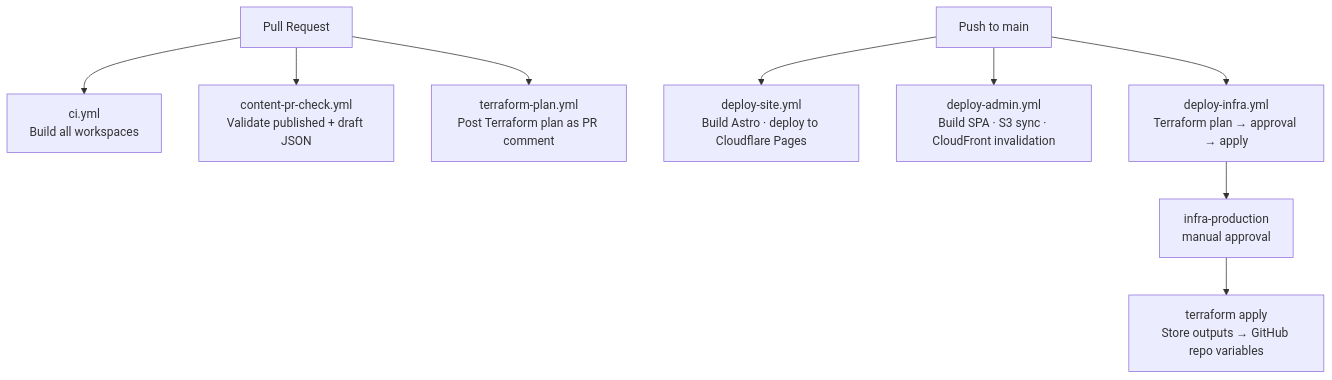
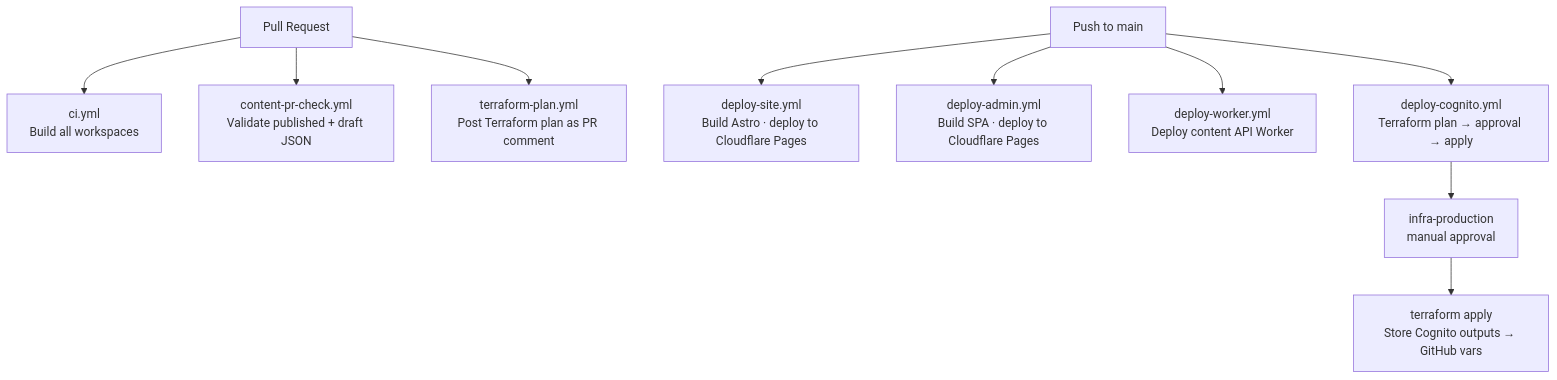
One commit to Bonae-Tech/bonae-tech changed the seventh of 15 diagrams in docs/architecture.md. Above: the diagram before and after it, drawn with Mermaid. The commit also changed other lines of this file and 62 other files, not shown here.

First line of the commit message:
Hybrid Cloudflare + AWS Cognito architecture (#58)

````diff
--- a/docs/architecture.md
+++ b/docs/architecture.md
@@ -302,13 +277,14 @@
 ```mermaid
 flowchart TD
     PR["Pull Request"] --> CI["ci.yml\nBuild all workspaces"]
     PR --> ContentCheck["content-pr-check.yml\nValidate published + draft JSON"]
     PR --> TFPlan["terraform-plan.yml\nPost Terraform plan as PR comment"]
 
     Main["Push to main"] --> DeploySite["deploy-site.yml\nBuild Astro · deploy to Cloudflare Pages"]
-    Main --> DeployAdmin["deploy-admin.yml\nBuild SPA · S3 sync · CloudFront invalidation"]
-    Main --> DeployInfra["deploy-infra.yml\nTerraform plan → approval → apply"]
+    Main --> DeployAdmin["deploy-admin.yml\nBuild SPA · deploy to Cloudflare Pages"]
+    Main --> DeployWorker["deploy-worker.yml\nDeploy content API Worker"]
+    Main --> DeployCognito["deploy-cognito.yml\nTerraform plan → approval → apply"]
 
-    DeployInfra --> Gate["infra-production\nmanual approval"]
-    Gate --> Apply["terraform apply\nStore outputs → GitHub repo variables"]
+    DeployCognito --> Gate["infra-production\nmanual approval"]
+    Gate --> Apply["terraform apply\nStore Cognito outputs → GitHub vars"]
 ```
````
